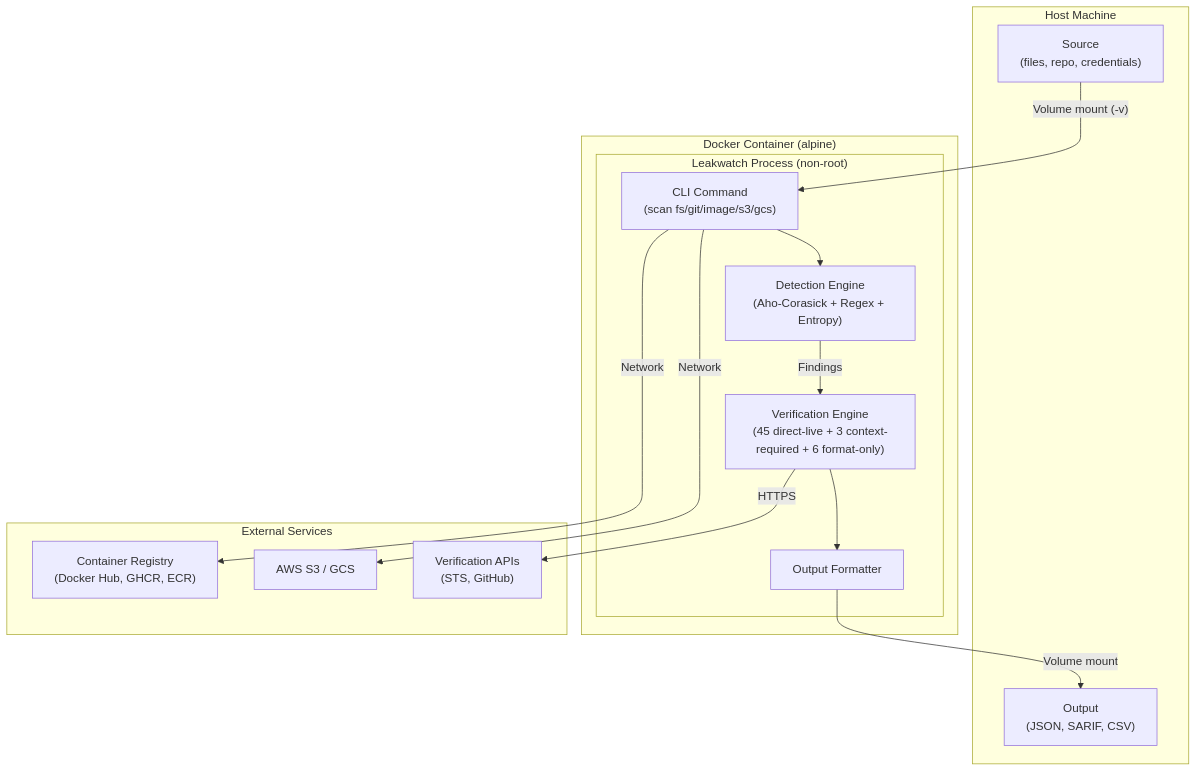
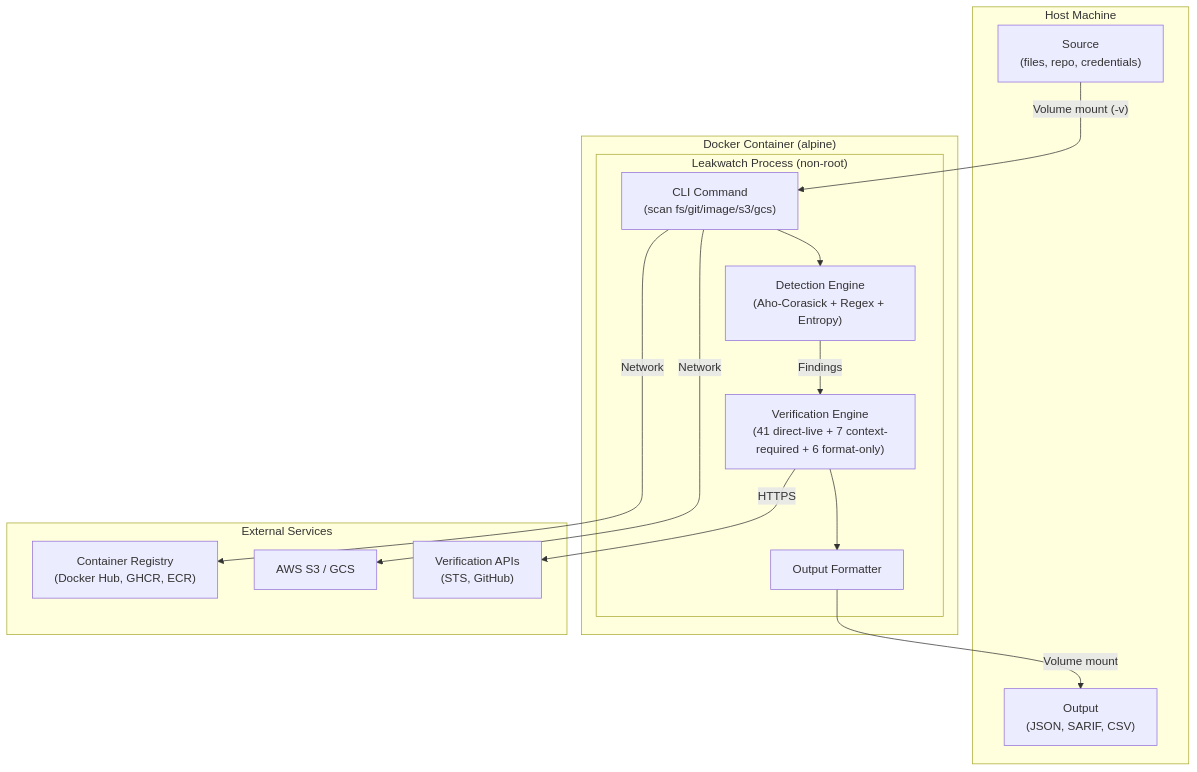
Before and after one commit to cemililik/Leakwatch: the second of 2 diagrams in docs/guides/docker-usage.md, drawn with Mermaid. The commit also changed 43 other files, not shown here.

````diff
--- a/docs/guides/docker-usage.md
+++ b/docs/guides/docker-usage.md
@@ -496,31 +496,31 @@
 ```mermaid
 flowchart TD
     subgraph Host["Host Machine"]
         SRC["Source\n(files, repo, credentials)"]
         OUT["Output\n(JSON, SARIF, CSV)"]
     end
 
     subgraph Docker["Docker Container (alpine)"]
         subgraph LW["Leakwatch Process (non-root)"]
             CMD["CLI Command\n(scan fs/git/image/s3/gcs)"]
             ENG["Detection Engine\n(Aho-Corasick + Regex + Entropy)"]
-            VER["Verification Engine\n(45 direct-live + 3 context-required + 6 format-only)"]
+            VER["Verification Engine\n(41 direct-live + 7 context-required + 6 format-only)"]
             FMT["Output Formatter"]
         end
     end
 
     subgraph External["External Services"]
         REG["Container Registry\n(Docker Hub, GHCR, ECR)"]
         S3["AWS S3 / GCS"]
         VAPI["Verification APIs\n(STS, GitHub)"]
     end
 
     SRC -->|"Volume mount (-v)"| CMD
     CMD --> ENG
     ENG -->|Findings| VER
     VER -->|"HTTPS"| VAPI
     VER --> FMT
     FMT -->|"Volume mount"| OUT
     CMD -->|"Network"| REG
     CMD -->|"Network"| S3
 ```
````
